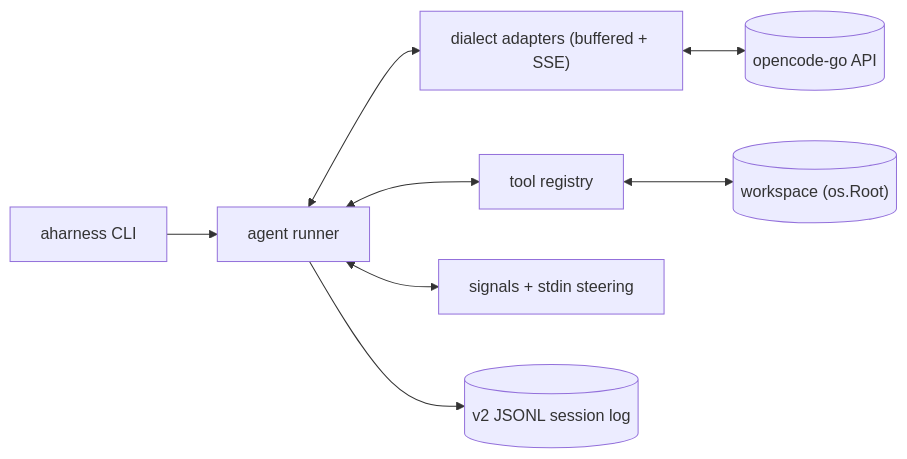
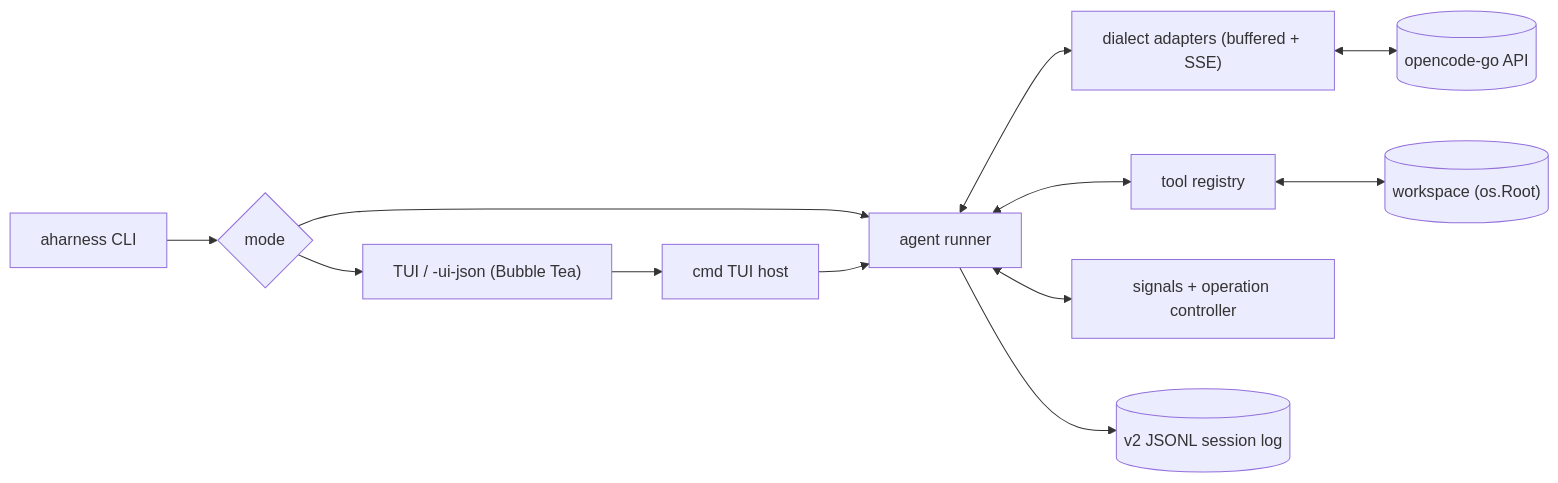
The diagram in docs/architecture.md (eddiectc/aharness), drawn with Mermaid before and after one commit. The commit also changed other lines of this file and 52 other files, not shown here.

````diff
--- a/docs/architecture.md
+++ b/docs/architecture.md
@@ -17,10 +19,14 @@
 ```mermaid
 flowchart LR
-  cli["aharness CLI"] --> runner["agent runner"]
+  cli["aharness CLI"] --> modes{"mode"}
+  modes --> tui["TUI / -ui-json (Bubble Tea)"]
+  modes --> runner["agent runner"]
+  tui --> host["cmd TUI host"]
+  host --> runner
   runner <--> model["dialect adapters (buffered + SSE)"]
   runner <--> tools["tool registry"]
-  runner <--> control["signals + stdin steering"]
+  runner <--> control["signals + operation controller"]
   runner --> session[("v2 JSONL session log")]
   tools <--> workspace[("workspace (os.Root)")]
   model <--> api[(opencode-go API)]
 ```
````
